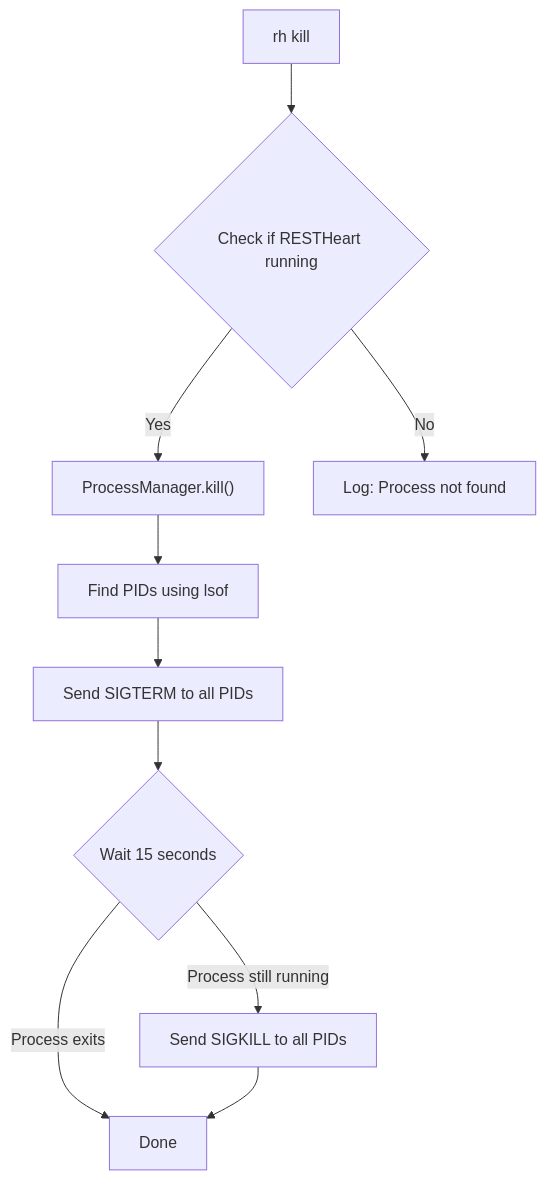
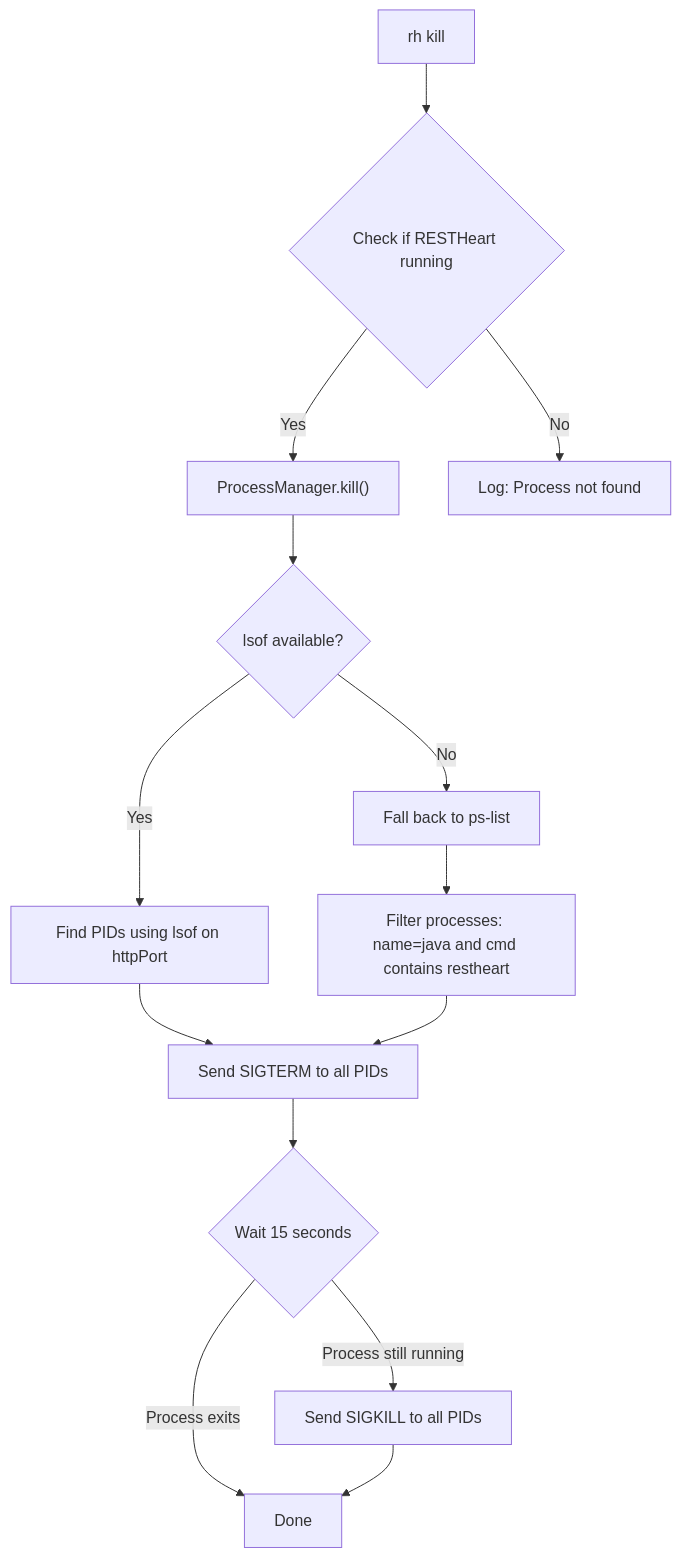
Before and after one commit to SoftInstigate/restheart-cli: the first of 3 diagrams in openwiki/operations/runbook.md, drawn with Mermaid. The commit also changed other lines of this file and 18 other files, not shown here.

````diff
--- a/openwiki/operations/runbook.md
+++ b/openwiki/operations/runbook.md
@@ -71,12 +71,16 @@
 ```mermaid
 flowchart TD
     A["rh kill"] --> B{"Check if RESTHeart running"}
     B -->|Yes| C["ProcessManager.kill()"]
-    C --> D["Find PIDs using lsof"]
-    D --> E["Send SIGTERM to all PIDs"]
-    E --> F{"Wait 15 seconds"}
-    F -->|Process exits| G["Done"]
-    F -->|Process still running| H["Send SIGKILL to all PIDs"]
-    H --> G
-    B -->|No| I["Log: Process not found"]
+    C --> D{"lsof available?"}
+    D -->|Yes| E["Find PIDs using lsof on httpPort"]
+    D -->|No| F["Fall back to ps-list"]
+    F --> G["Filter processes: name=java and cmd contains restheart"]
+    E --> H["Send SIGTERM to all PIDs"]
+    G --> H
+    H --> I{"Wait 15 seconds"}
+    I -->|Process exits| J["Done"]
+    I -->|Process still running| K["Send SIGKILL to all PIDs"]
+    K --> J
+    B -->|No| L["Log: Process not found"]
 ```
````
